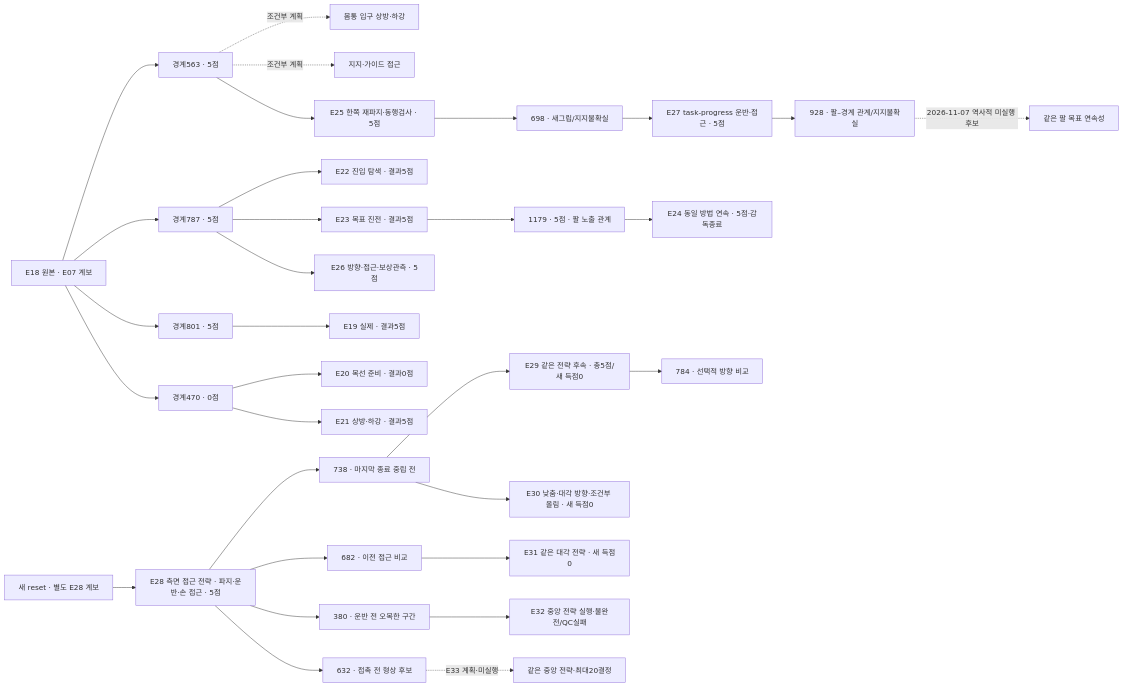
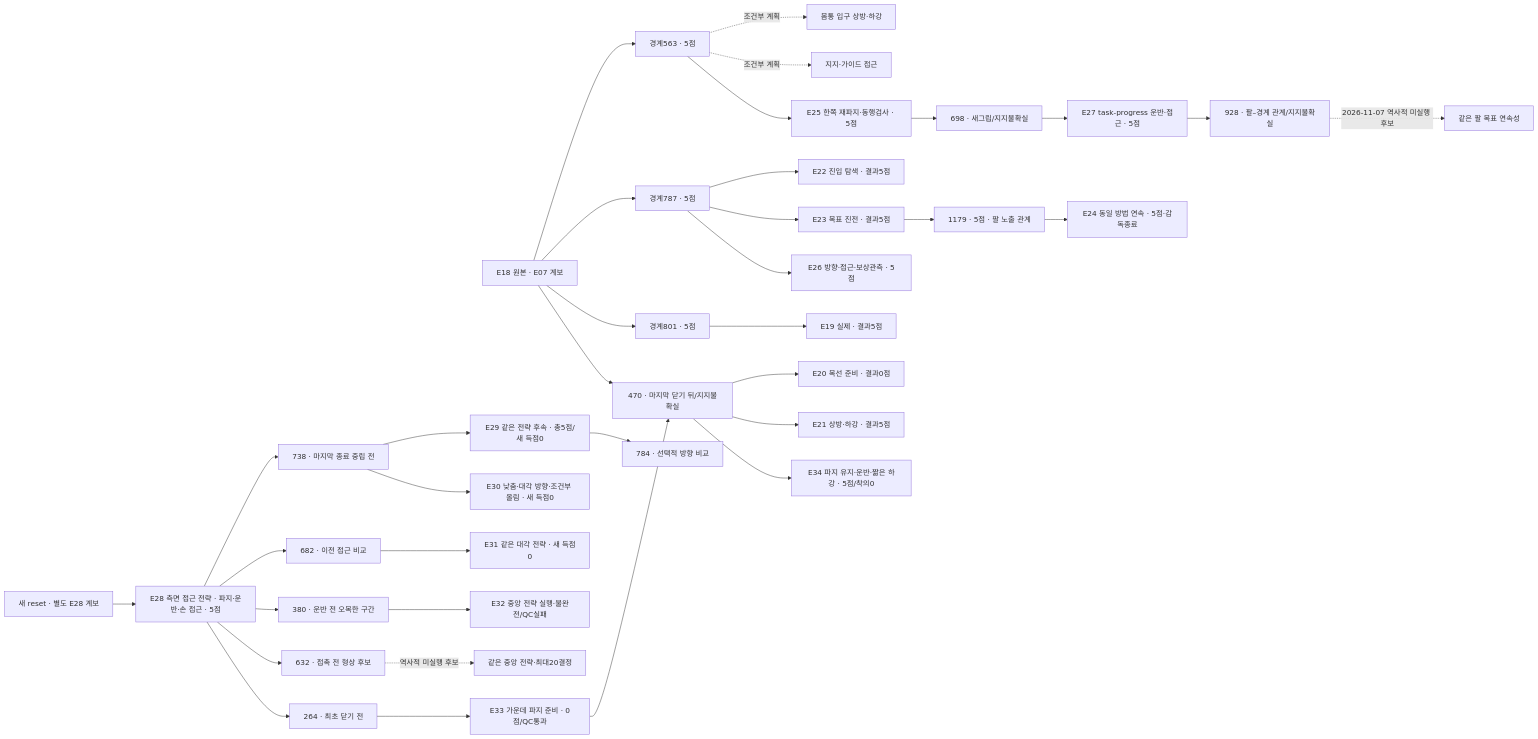
One commit to leonyoon-3dai/PhyRC_2027_phase1 changed the diagram in docs/collection/catalog/README.ko.md. Above: the diagram before and after it, drawn with Mermaid. The commit also changed other lines of this file and 30 other files, not shown here.

````diff
--- a/docs/collection/catalog/README.ko.md
+++ b/docs/collection/catalog/README.ko.md
@@ -38,33 +39,37 @@
 ```mermaid
 flowchart LR
   E18["E18 원본 · E07 계보"] --> P563["경계563 · 5점"]
   E18 --> P787["경계787 · 5점"]
   E18 --> P801["경계801 · 5점"]
   E18 --> P470["경계470 · 0점"]
   P563 -. "조건부 계획" .-> O["몸통 입구 상방·하강"]
   P563 -. "조건부 계획" .-> G["지지·가이드 접근"]
   P801 --> E19["E19 실제 · 결과5점"]
   P470 --> E20["E20 목선 준비 · 결과0점"]
   P470 --> E21["E21 상방·하강 · 결과5점"]
   P787 --> E22["E22 진입 탐색 · 결과5점"]
   P787 --> E23["E23 목표 진전 · 결과5점"]
   E23 --> P1179["1179 · 5점 · 팔 노출 관계"]
   P1179 --> E24["E24 동일 방법 연속 · 5점·감독종료"]
   P563 --> M1["E25 한쪽 재파지·동행검사 · 5점"]
   P787 --> M2["E26 방향·접근·보상관측 · 5점"]
   M1 --> P698["698 · 새그립/지지불확실"]
   P698 --> C["E27 task-progress 운반·접근 · 5점"]
   C --> P928["928 · 팔–경계 관계/지지불확실"]
   P928 -. "2026-11-07 역사적 미실행 후보" .-> S["같은 팔 목표 연속성"]
   F["새 reset · 별도 E28 계보"] --> E28["E28 측면 접근 전략 · 파지·운반·손 접근 · 5점"]
   E28 --> P738["738 · 마지막 종료 중립 전"]
   E28 --> P682["682 · 이전 접근 비교"]
   P738 --> E29["E29 같은 전략 후속 · 총5점/새 득점0"]
   E29 --> P784["784 · 선택적 방향 비교"]
   P738 --> E30["E30 낮춤·대각 방향·조건부 올림 · 새 득점0"]
   P682 --> E31["E31 같은 대각 전략 · 새 득점0"]
   E28 --> P380["380 · 운반 전 오목한 구간"]
   P380 --> N["E32 중앙 전략 실행·불완전/QC실패"]
   E28 --> P632["632 · 접촉 전 형상 후보"]
-  P632 -. "E33 계획·미실행" .-> N33["같은 중앙 전략·최대20결정"]
+  P632 -. "역사적 미실행 후보" .-> N33["같은 중앙 전략·최대20결정"]
+  E28 --> P264["264 · 최초 닫기 전"]
+  P264 --> E33["E33 가운데 파지 준비 · 0점/QC통과"]
+  E33 --> P470["470 · 마지막 닫기 뒤/지지불확실"]
+  P470 --> E34["E34 파지 유지·운반·짧은 하강 · 5점/착의0"]
 ```
````
